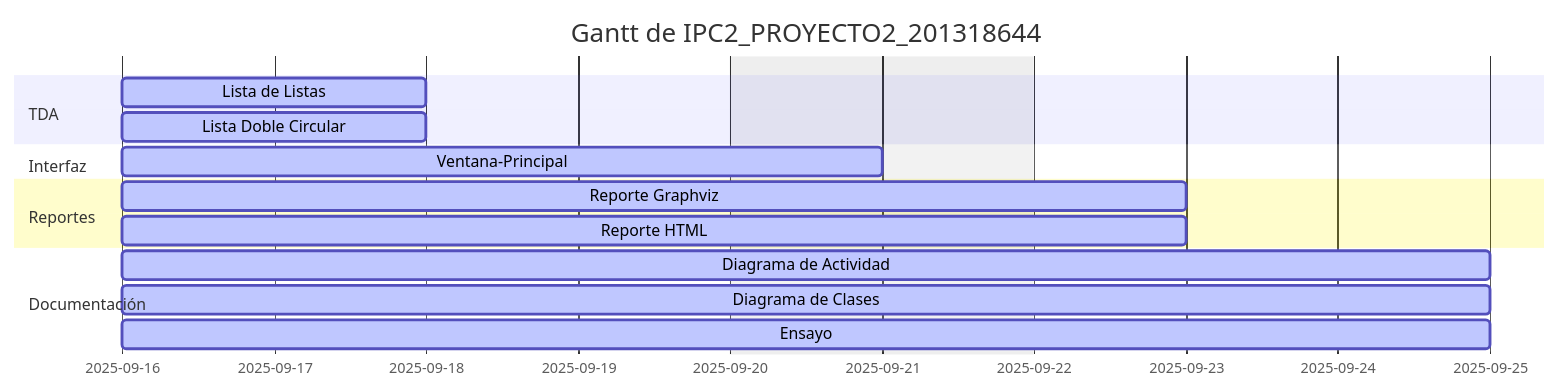
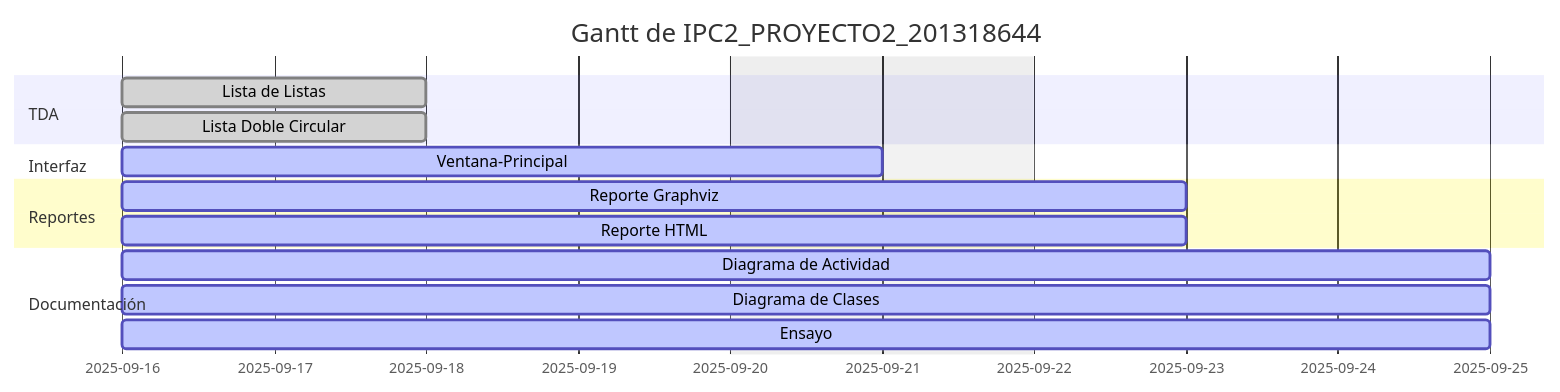
Before and after one commit to MynorCifuentes/GuateRiegos-2.0: the diagram in docs/gantt.md, drawn with Mermaid.

Commit message:
Actualiza diagrama de Gantt automático

````diff
--- a/docs/gantt.md
+++ b/docs/gantt.md
@@ -1,18 +1,18 @@
 ```mermaid
 gantt
     dateFormat  YYYY-MM-DD
     title Gantt de IPC2_PROYECTO2_201318644
     excludes    weekends
     section TDA
-    Lista de Listas :active, 2, 2025-09-16, 2025-09-18
-    Lista Doble Circular :active, 1, 2025-09-16, 2025-09-18
+    Lista de Listas :done, 2, 2025-09-16, 2025-09-18
+    Lista Doble Circular :done, 1, 2025-09-16, 2025-09-18
     section Interfaz
     Ventana-Principal :active, 3, 2025-09-16, 2025-09-21
     section Reportes
     Reporte Graphviz :active, 8, 2025-09-16, 2025-09-23
     Reporte HTML :active, 7, 2025-09-16, 2025-09-23
     section Documentación
     Diagrama de Actividad :active, 6, 2025-09-16, 2025-09-25
     Diagrama de Clases :active, 5, 2025-09-16, 2025-09-25
     Ensayo :active, 4, 2025-09-16, 2025-09-25
 ```
````
